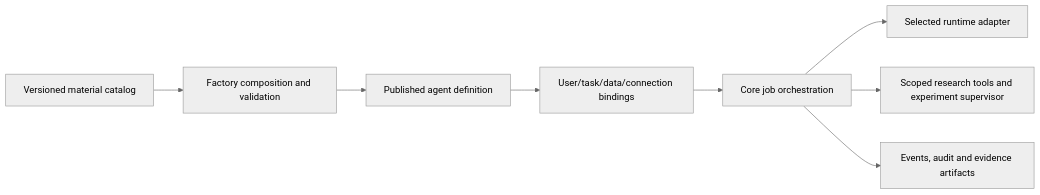
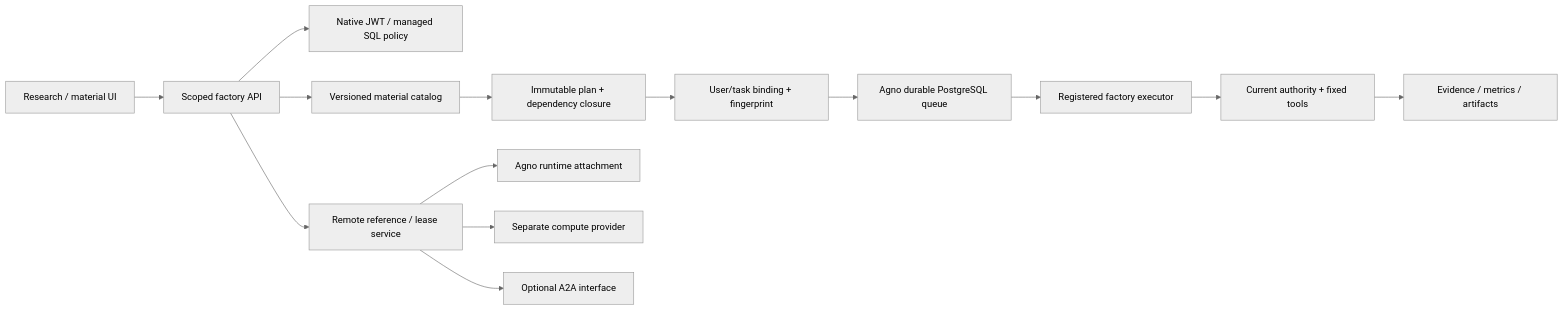
The diagram in docs/ARCHITECTURE.md (Guanzhw/agent-factory), drawn with Mermaid (neutral theme) before and after one commit. The commit also changed other lines of this file and 58 other files, not shown here.

Commit message:
feat: implement scoped Agno factory and research workflow

````diff
--- a/docs/ARCHITECTURE.md
+++ b/docs/ARCHITECTURE.md
@@ -5,10 +5,16 @@
 ```mermaid
 flowchart LR
-  M[Versioned material catalog] --> F[Factory composition and validation]
-  F --> D[Published agent definition]
-  D --> B[User/task/data/connection bindings]
-  B --> C[Core job orchestration]
-  C --> R[Selected runtime adapter]
-  C --> T[Scoped research tools and experiment supervisor]
-  C --> E[Events, audit and evidence artifacts]
+  UI[Research / material UI] --> API[Scoped factory API]
+  API --> AUTH[Native JWT / managed SQL policy]
+  API --> C[Versioned material catalog]
+  C --> P[Immutable plan + dependency closure]
+  P --> B[User/task binding + fingerprint]
+  B --> Q[Agno durable PostgreSQL queue]
+  Q --> E[Registered factory executor]
+  E --> T[Current authority + fixed tools]
+  T --> A[Evidence / metrics / artifacts]
+  API --> R[Remote reference / lease service]
+  R --> RA[Agno runtime attachment]
+  R --> RC[Separate compute provider]
+  R --> AA[Optional A2A interface]
 ```
````
